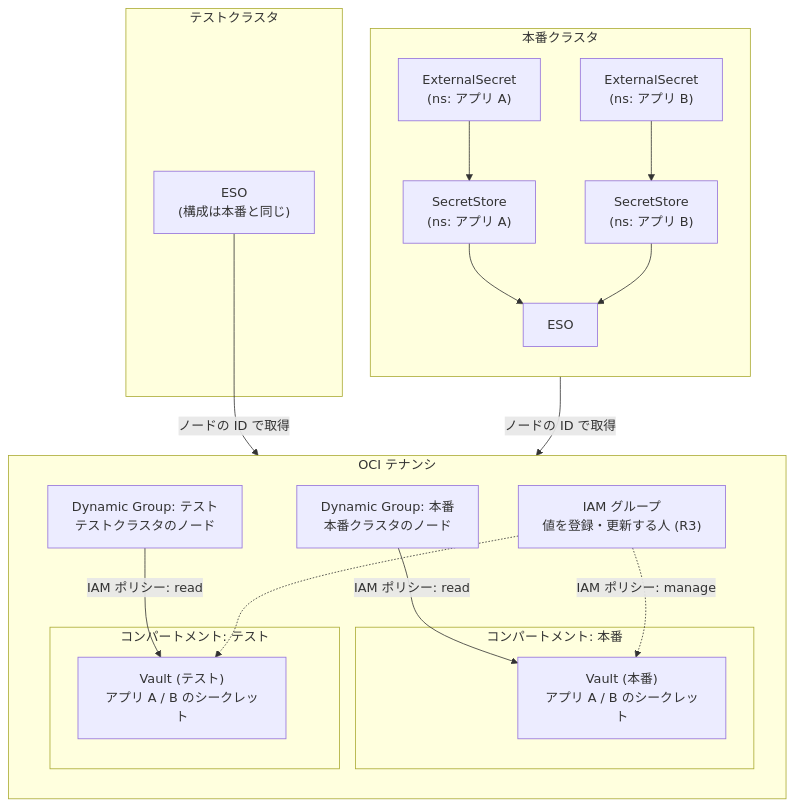
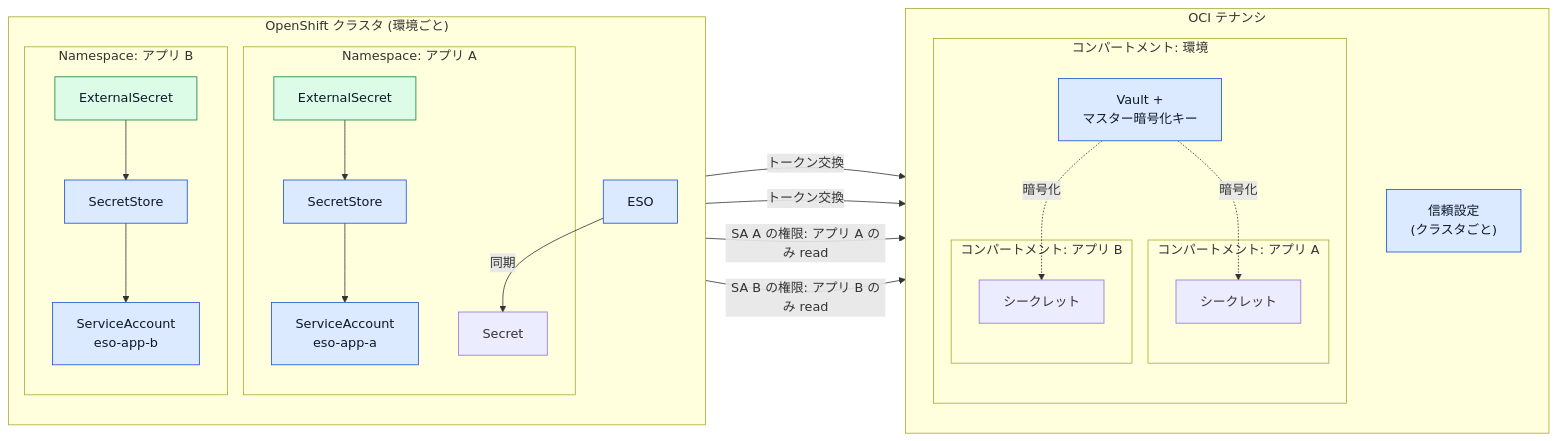
The ninth of 9 diagrams in README.md (akudo-rh/eso-secret-management), drawn with Mermaid before and after one commit. The commit also changed other lines of this file, not shown here.

````diff
--- a/README.md
+++ b/README.md
@@ -272,35 +318,39 @@
 ```mermaid
-flowchart TB
+flowchart LR
+  subgraph OCP["OpenShift クラスタ (環境ごと)"]
+    direction TB
+    ESO["ESO"]
+    subgraph NSA["Namespace: アプリ A"]
+      ESA["ExternalSecret"] --> SSA["SecretStore"] --> SAA["ServiceAccount<br/>eso-app-a"]
+      SECA["Secret"]
+    end
+    subgraph NSB["Namespace: アプリ B"]
+      ESB["ExternalSecret"] --> SSB["SecretStore"] --> SAB["ServiceAccount<br/>eso-app-b"]
+    end
+  end
   subgraph OCI["OCI テナンシ"]
     direction TB
-    subgraph CP_P["コンパートメント: 本番"]
-      V_P["Vault (本番)<br/>アプリ A / B のシークレット"]
+    TRUST["信頼設定<br/>(クラスタごと)"]
+    subgraph CENV["コンパートメント: 環境"]
+      direction TB
+      VAULT["Vault +<br/>マスター暗号化キー"]
+      subgraph CA["コンパートメント: アプリ A"]
+        SEC_A["シークレット"]
+      end
+      subgraph CB["コンパートメント: アプリ B"]
+        SEC_B["シークレット"]
+      end
     end
-    subgraph CP_T["コンパートメント: テスト"]
-      V_T["Vault (テスト)<br/>アプリ A / B のシークレット"]
-    end
-    DG_P["Dynamic Group: 本番<br/>本番クラスタのノード"]
-    DG_T["Dynamic Group: テスト<br/>テストクラスタのノード"]
-    DG_P -- "IAM ポリシー: read" --> V_P
-    DG_T -- "IAM ポリシー: read" --> V_T
-    UG["IAM グループ<br/>値を登録・更新する人 (R3)"] -. "IAM ポリシー: manage" .-> V_P
-    UG -.-> V_T
   end
-  subgraph PRD["本番クラスタ"]
-    direction TB
-    ESO_P["ESO"]
-    SS_PA["SecretStore<br/>(ns: アプリ A)"]
-    SS_PB["SecretStore<br/>(ns: アプリ B)"]
-    ES_PA["ExternalSecret<br/>(ns: アプリ A)"]
-    ES_PB["ExternalSecret<br/>(ns: アプリ B)"]
-    ES_PA --> SS_PA
-    ES_PB --> SS_PB
-    SS_PA --> ESO_P
-    SS_PB --> ESO_P
-  end
-  subgraph TST["テストクラスタ"]
-    ESO_T["ESO<br/>(構成は本番と同じ)"]
-  end
-  ESO_P -- "ノードの ID で取得" --> V_P
-  ESO_T -- "ノードの ID で取得" --> V_T
+  SAA -- "トークン交換" --> TRUST
+  SAB -- "トークン交換" --> TRUST
+  ESO -- "SA A の権限: アプリ A のみ read" --> SEC_A
+  ESO -- "SA B の権限: アプリ B のみ read" --> SEC_B
+  ESO -- "同期" --> SECA
+  VAULT -. "暗号化" .-> SEC_A
+  VAULT -. "暗号化" .-> SEC_B
+  classDef pf fill:#dbeafe,stroke:#1d4ed8,color:#0f172a
+  classDef app fill:#dcfce7,stroke:#15803d,color:#0f172a
+  class ESO,SSA,SSB,SAA,SAB,TRUST,VAULT pf
+  class ESA,ESB app
 ```
````
